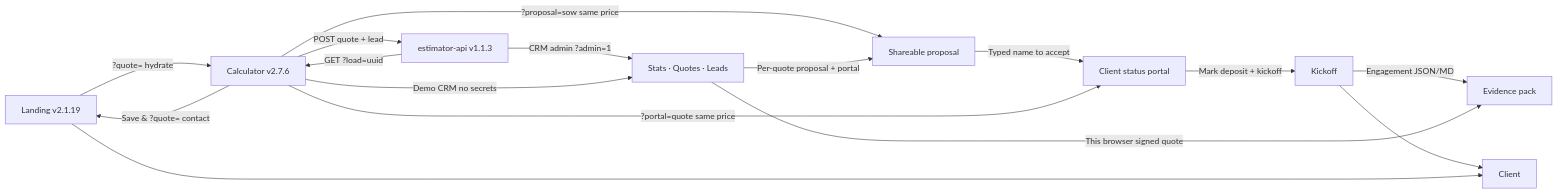
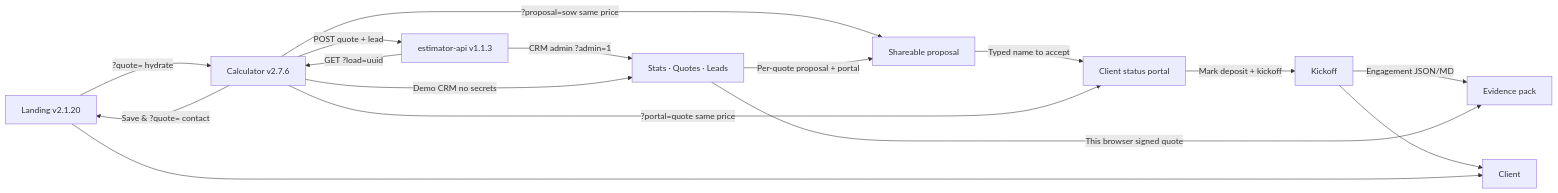
Before and after one commit to pixellayer7-jpg/pixellayer7-jpg: the diagram in README.md, drawn with Mermaid. The commit also changed other lines of this file and 4 other files, not shown here.

````diff
--- a/README.md
+++ b/README.md
@@ -21,18 +21,18 @@
 ```mermaid
 flowchart LR
-  A[Landing v2.1.19] -->|?quote= hydrate| B[Calculator v2.7.6]
+  A[Landing v2.1.20] -->|?quote= hydrate| B[Calculator v2.7.6]
   B -->|Save & ?quote= contact| A
   B -->|?proposal=sow same price| R[Shareable proposal]
   R -->|Typed name to accept| P[Client status portal]
   P -->|Mark deposit + kickoff| K[Kickoff]
   K -->|Engagement JSON/MD| X[Evidence pack]
   B -->|?portal=quote same price| P
   B -->|POST quote + lead| D[estimator-api v1.1.3]
   D -->|CRM admin ?admin=1| E[Stats · Quotes · Leads]
   B -->|Demo CRM no secrets| E
   E -->|This browser signed quote| X
   E -->|Per-quote proposal + portal| R
   K --> F[Client]
   D -->|GET ?load=uuid| B
   A --> F[Client]
 ```
````
